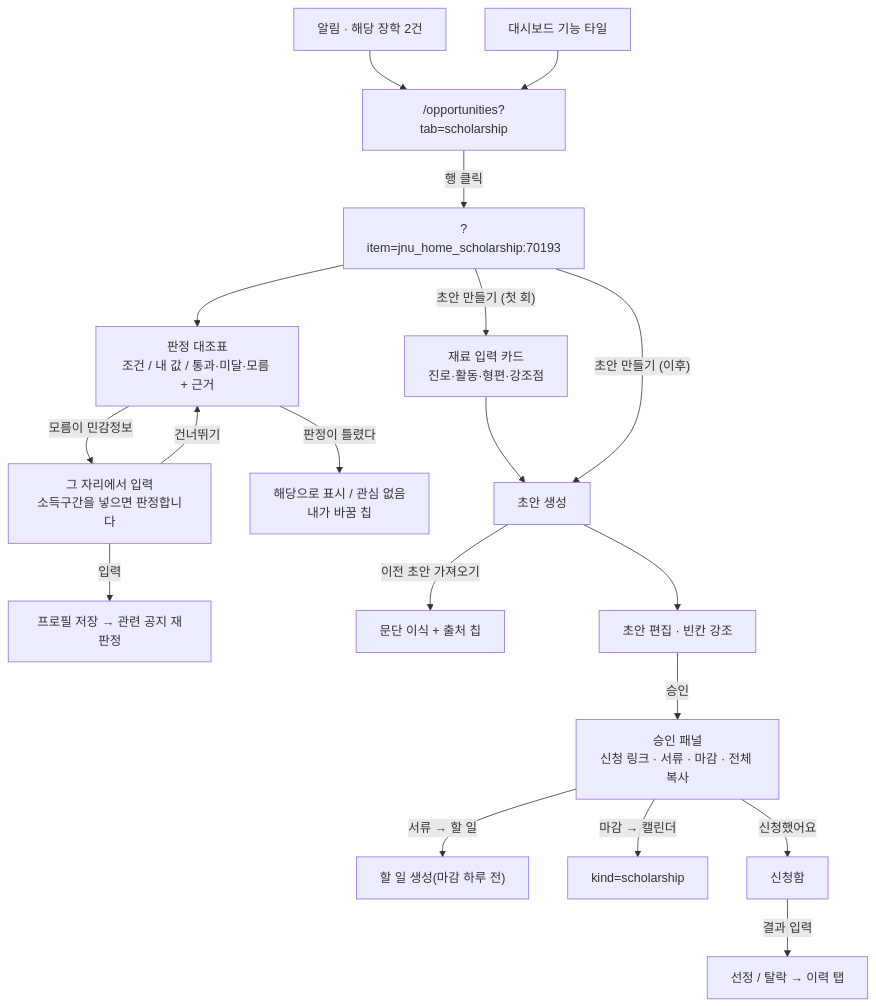
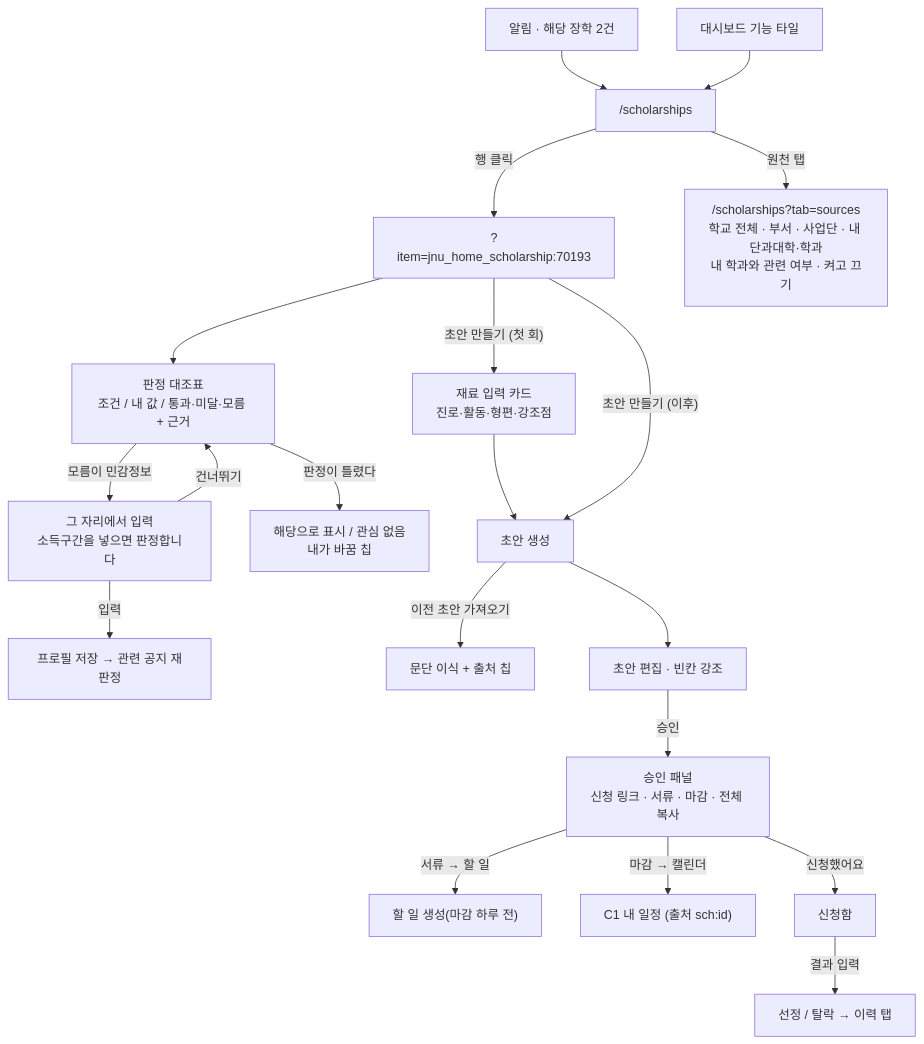
Before and after one commit to AIM-Output/26-WE-Meet-Project: diagram 12 of 14 in Frontend-Route.md, drawn with Mermaid. The commit also changed other lines of this file and 104 other files, not shown here.

````diff
--- a/Frontend-Route.md
+++ b/Frontend-Route.md
@@ -2011,21 +2016,22 @@
 ```mermaid
 flowchart TD
-    N["알림 · 해당 장학 2건"] --> L["/opportunities?tab=scholarship"]
+    N["알림 · 해당 장학 2건"] --> L["/scholarships"]
     T["대시보드 기능 타일"] --> L
     L -->|"행 클릭"| D["?item=jnu_home_scholarship:70193"]
     D --> V["판정 대조표<br/>조건 / 내 값 / 통과·미달·모름 + 근거"]
     V -->|"모름이 민감정보"| ASK["그 자리에서 입력<br/>소득구간을 넣으면 판정합니다"]
     ASK -->|"입력"| RE["프로필 저장 → 관련 공지 재판정"]
     ASK -->|"건너뛰기"| V
     V -->|"판정이 틀렸다"| FLIP["해당으로 표시 / 관심 없음<br/>내가 바꿈 칩"]
+    L -->|"원천 탭"| SRC["/scholarships?tab=sources<br/>학교 전체 · 부서 · 사업단 · 내 단과대학·학과<br/>내 학과와 관련 여부 · 켜고 끄기"]
     D -->|"초안 만들기 (첫 회)"| MAT["재료 입력 카드<br/>진로·활동·형편·강조점"]
     MAT --> DR["초안 생성"]
     D -->|"초안 만들기 (이후)"| DR
     DR -->|"이전 초안 가져오기"| BOR["문단 이식 + 출처 칩"]
     DR --> EDIT["초안 편집 · 빈칸 강조"]
     EDIT -->|"승인"| AP["승인 패널<br/>신청 링크 · 서류 · 마감 · 전체 복사"]
     AP -->|"서류 → 할 일"| TODO["할 일 생성(마감 하루 전)"]
-    AP -->|"마감 → 캘린더"| CAL["kind=scholarship"]
+    AP -->|"마감 → 캘린더"| CAL["C1 내 일정 (출처 sch:id)"]
     AP -->|"신청했어요"| APPLIED["신청함"]
     APPLIED -->|"결과 입력"| RES["선정 / 탈락 → 이력 탭"]
 ```
````
